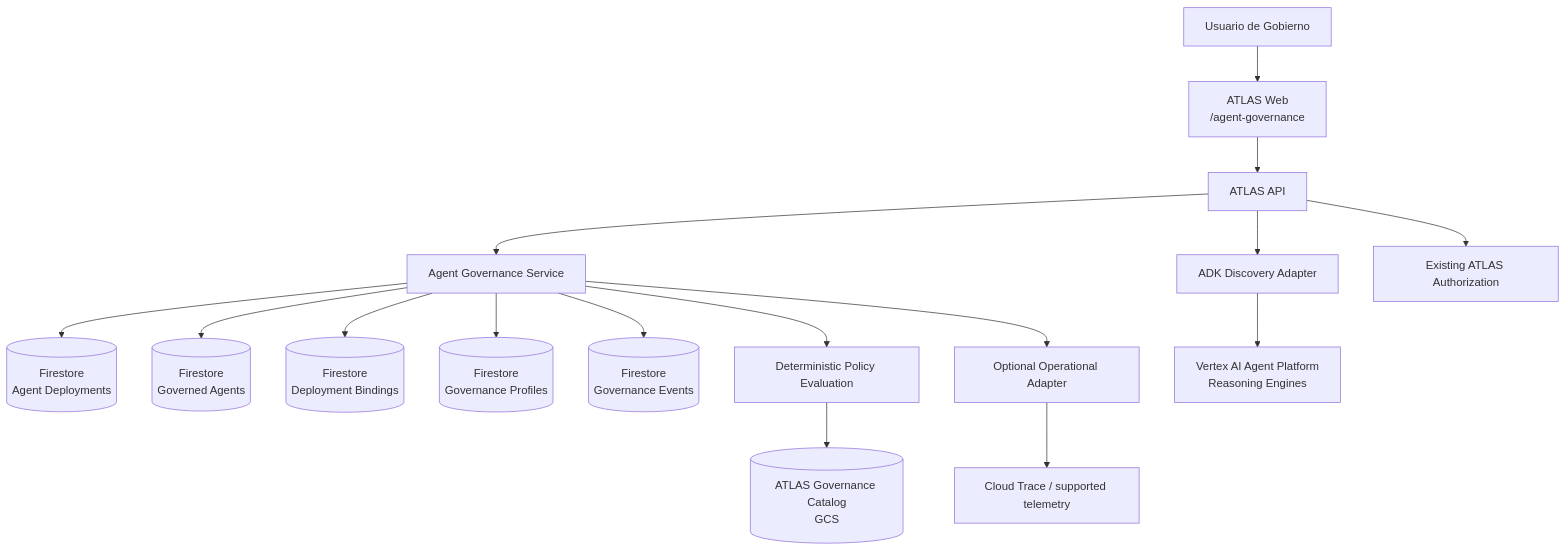
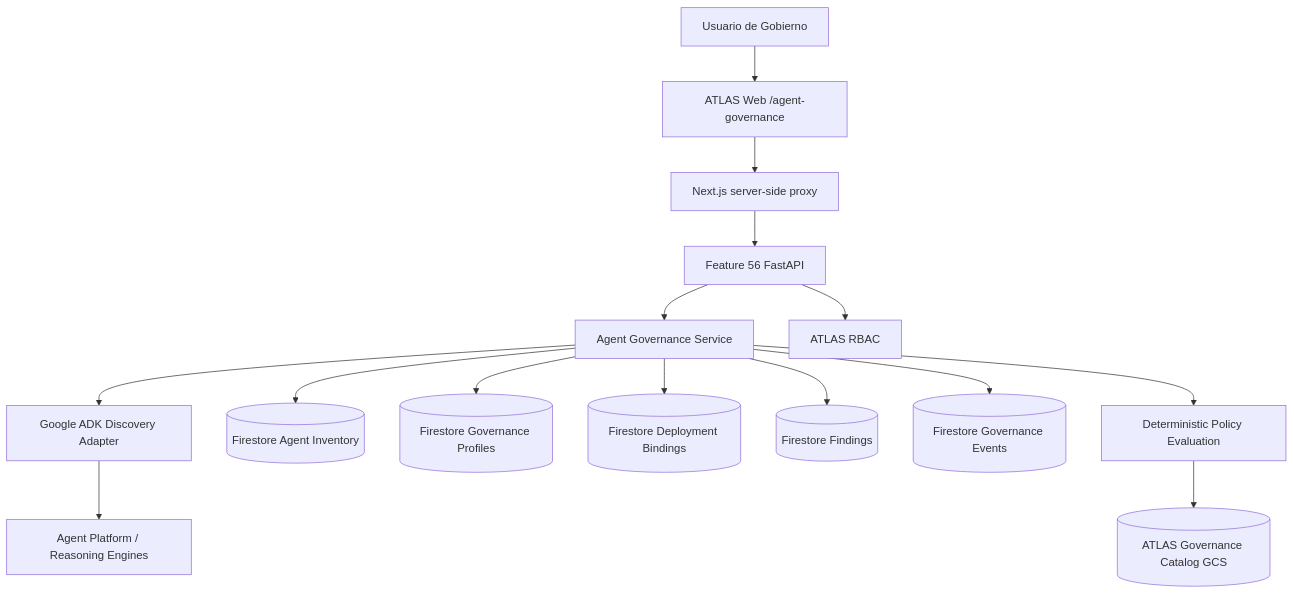
Before and after one commit to JuliusCordova/portafoliodatagob: the second of 2 diagrams in docs/specs/14-adk-agent-governance.md, drawn with Mermaid. The commit also changed other lines of this file, not shown here.

Commit message:
Feature 56 · Record implementation checkpoint in primary SPEC

````diff
--- a/docs/specs/14-adk-agent-governance.md
+++ b/docs/specs/14-adk-agent-governance.md
@@ -333,23 +316,17 @@
 ```mermaid
 flowchart TD
-    U[Usuario de Gobierno] --> W[ATLAS Web\n/agent-governance]
-    W --> API[ATLAS API]
-
-    API --> SUMMARY[Agent Governance Service]
-    SUMMARY --> DEP[(Firestore\nAgent Deployments)]
-    SUMMARY --> AG[(Firestore\nGoverned Agents)]
-    SUMMARY --> BIND[(Firestore\nDeployment Bindings)]
-    SUMMARY --> GOV[(Firestore\nGovernance Profiles)]
-    SUMMARY --> EVT[(Firestore\nGovernance Events)]
-
-    API --> DISC[ADK Discovery Adapter]
-    DISC --> AE[Vertex AI Agent Platform\nReasoning Engines]
-
-    SUMMARY --> PE[Deterministic Policy Evaluation]
-    PE --> CAT[(ATLAS Governance Catalog\nGCS)]
-
-    SUMMARY --> OBS[Optional Operational Adapter]
-    OBS --> OTEL[Cloud Trace / supported telemetry]
-
-    API --> AUTH[Existing ATLAS Authorization]
+    U[Usuario de Gobierno] --> W[ATLAS Web /agent-governance]
+    W --> PX[Next.js server-side proxy]
+    PX --> API[Feature 56 FastAPI]
+    API --> GS[Agent Governance Service]
+    GS --> DISC[Google ADK Discovery Adapter]
+    DISC --> AE[Agent Platform / Reasoning Engines]
+    GS --> INV[(Firestore Agent Inventory)]
+    GS --> GOV[(Firestore Governance Profiles)]
+    GS --> BIND[(Firestore Deployment Bindings)]
+    GS --> FIND[(Firestore Findings)]
+    GS --> EVT[(Firestore Governance Events)]
+    GS --> POL[Deterministic Policy Evaluation]
+    POL --> CAT[(ATLAS Governance Catalog GCS)]
+    API --> AUTH[ATLAS RBAC]
 ```
````
